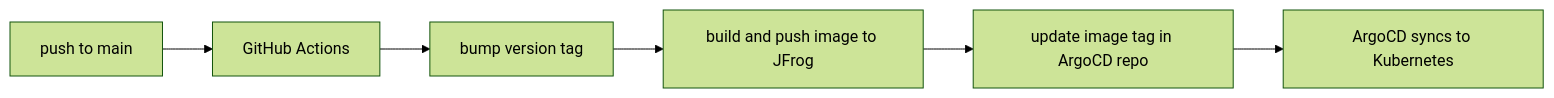
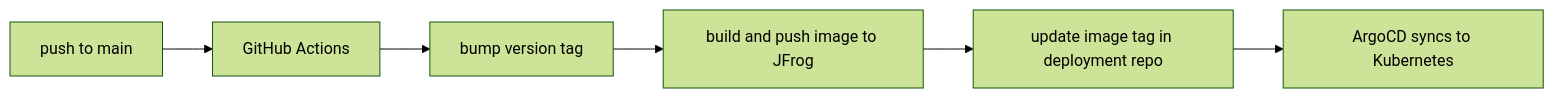
Before and after one commit to arion849/slack-bolt-app: the diagram in README.md, drawn with Mermaid (forest theme). The commit also changed other lines of this file, not shown here.

Commit message:
Point README at renamed deployment repo [skip ci]

````diff
--- a/README.md
+++ b/README.md
@@ -7,8 +7,8 @@
 ```mermaid
 flowchart LR
     A[push to main] --> B[GitHub Actions]
     B --> C[bump version tag]
     C --> D[build and push image to JFrog]
-    D --> E[update image tag in ArgoCD repo]
+    D --> E[update image tag in deployment repo]
     E --> F[ArgoCD syncs to Kubernetes]
 ```
````
